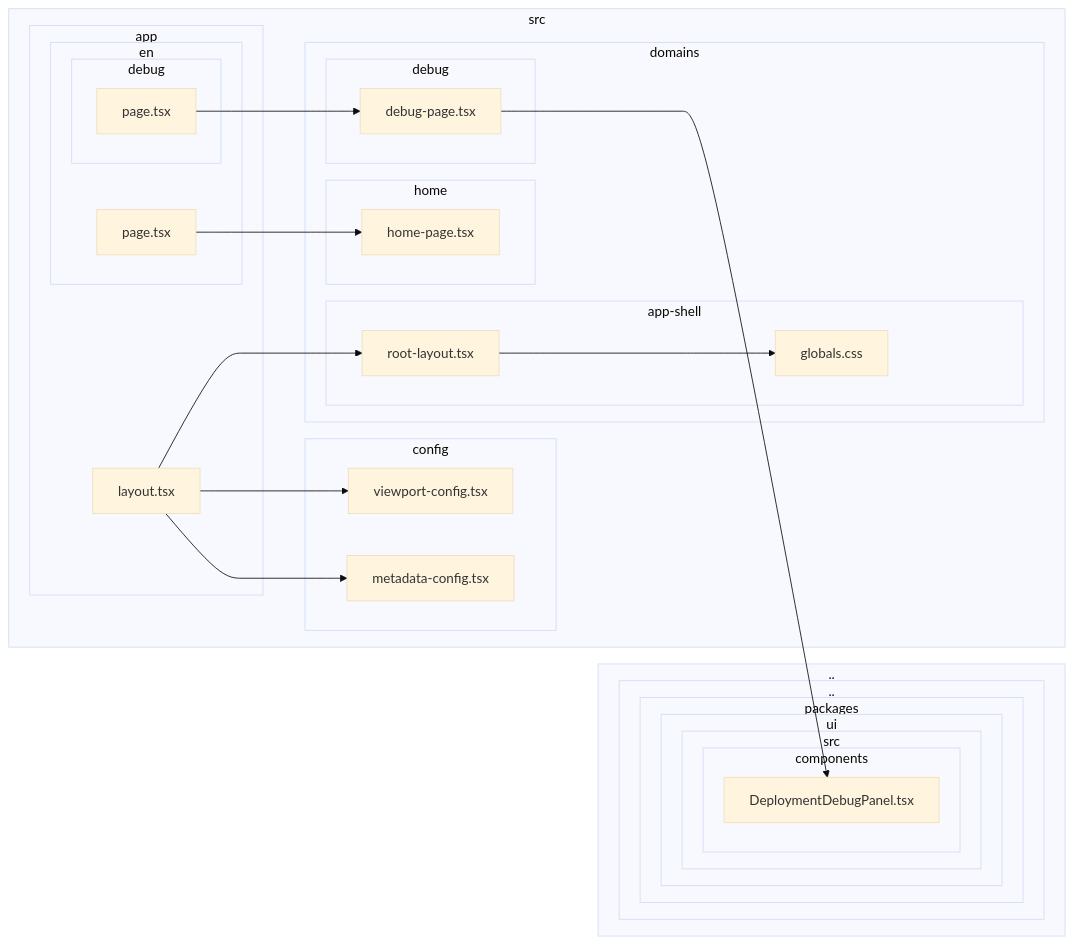
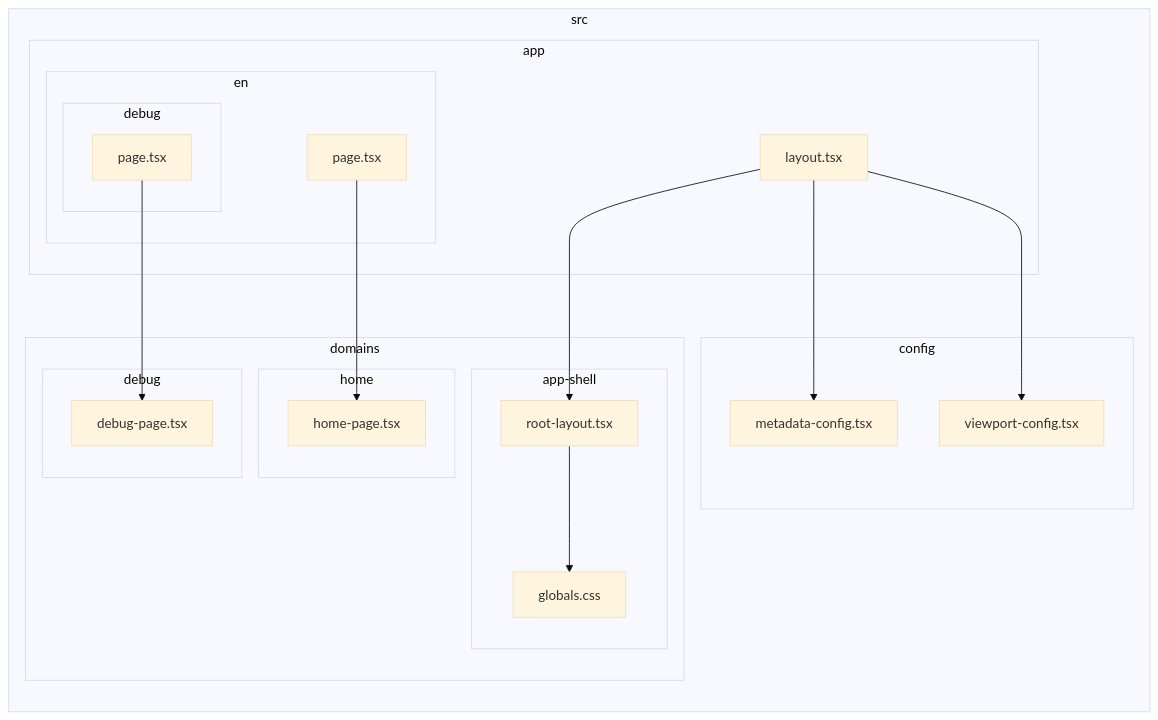
Before and after one commit to kartuli-app/kartuli: the diagram in diagrams/output/diagram-backoffice-client.mmd, drawn with Mermaid (base theme). The commit also changed 268 other files, not shown here.

```diff
--- a/diagrams/output/diagram-backoffice-client.mmd
+++ b/diagrams/output/diagram-backoffice-client.mmd
@@ -1,49 +1,35 @@
 flowchart LR
 
 subgraph 0["src"]
 subgraph 1["app"]
 subgraph 2["en"]
 subgraph 3["debug"]
 4["page.tsx"]
 end
-F["page.tsx"]
+8["page.tsx"]
 end
-I["layout.tsx"]
+B["layout.tsx"]
 end
 subgraph 5["domains"]
 subgraph 6["debug"]
 7["debug-page.tsx"]
 end
-subgraph G["home"]
-H["home-page.tsx"]
+subgraph 9["home"]
+A["home-page.tsx"]
 end
-subgraph M["app-shell"]
-N["root-layout.tsx"]
-O["globals.css"]
+subgraph F["app-shell"]
+G["root-layout.tsx"]
+H["globals.css"]
 end
 end
-subgraph J["config"]
-K["metadata-config.tsx"]
-L["viewport-config.tsx"]
-end
-end
-subgraph 8[".."]
-subgraph 9[".."]
-subgraph A["packages"]
-subgraph B["ui"]
-subgraph C["src"]
-subgraph D["components"]
-E["DeploymentDebugPanel.tsx"]
-end
-end
-end
-end
+subgraph C["config"]
+D["metadata-config.tsx"]
+E["viewport-config.tsx"]
 end
 end
 4-->7
-7-->E
-F-->H
-I-->K
-I-->L
-I-->N
-N-->O
+8-->A
+B-->D
+B-->E
+B-->G
+G-->H
```
